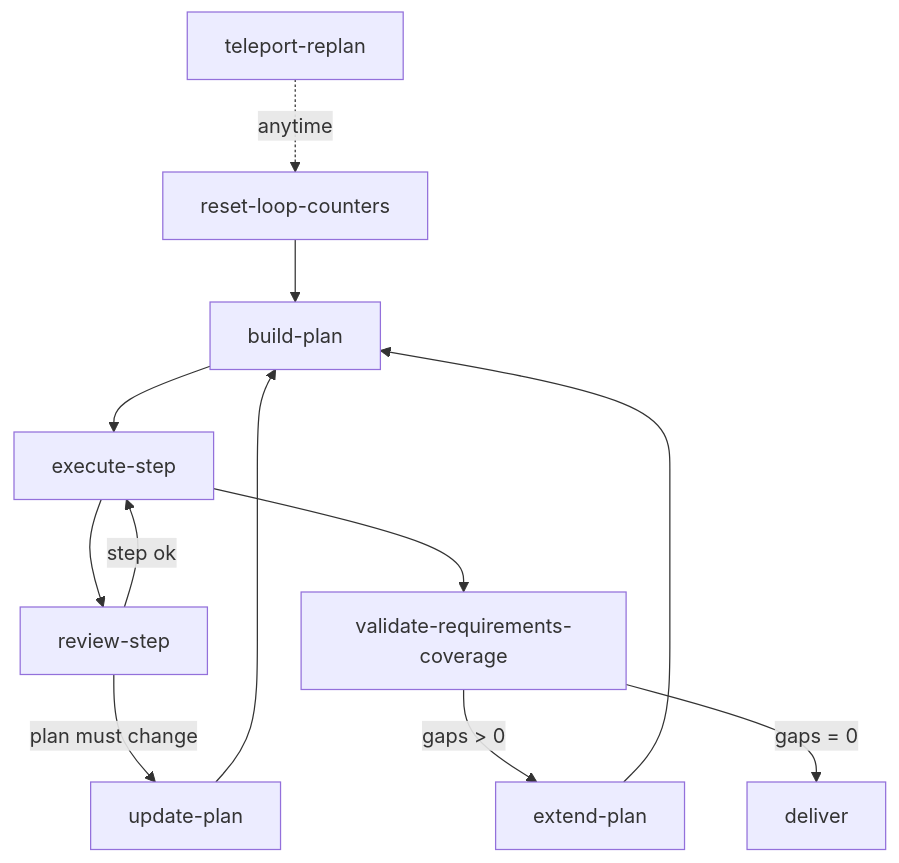
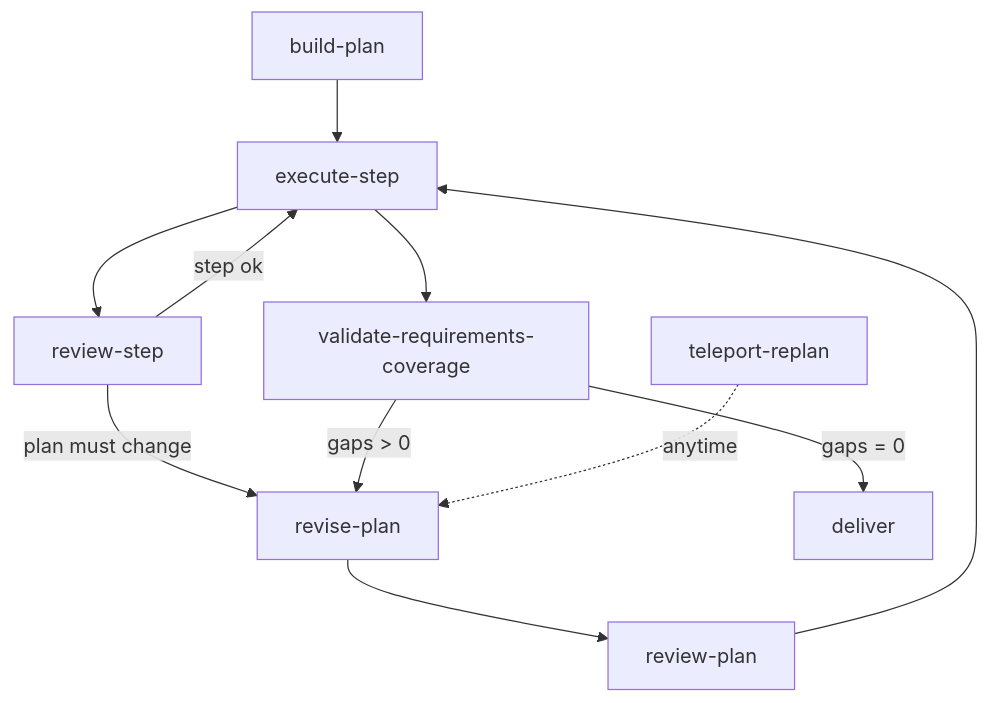
Before and after one commit to moira-mcp/moira: the diagram in packages/docs/src/content/docs/docs/patterns/replan.mdx, drawn with Mermaid. The commit also changed other lines of this file and 30 other files, not shown here.

First line of the commit message:
docs(public): bring the pattern section up to the flows it documents (EN + RU)

````diff
--- a/packages/docs/src/content/docs/docs/patterns/replan.mdx
+++ b/packages/docs/src/content/docs/docs/patterns/replan.mdx
@@ -12,14 +17,12 @@
 ```mermaid
 flowchart TD
     A[build-plan] --> B[execute-step]
     B --> R[review-step]
     R -->|step ok| B
-    R -->|plan must change| U[update-plan]
-    U --> A
+    R -->|plan must change| U[revise-plan]
     B --> F[validate-requirements-coverage]
-    F -->|gaps > 0| E[extend-plan]
-    E --> A
+    F -->|gaps > 0| U
     F -->|gaps = 0| D[deliver]
-    T[teleport-replan] -.anytime.-> Z[reset-loop-counters]
-    Z --> A
+    T[teleport-replan] -.anytime.-> U
+    U --> V[review-plan] --> B
 ```
````
